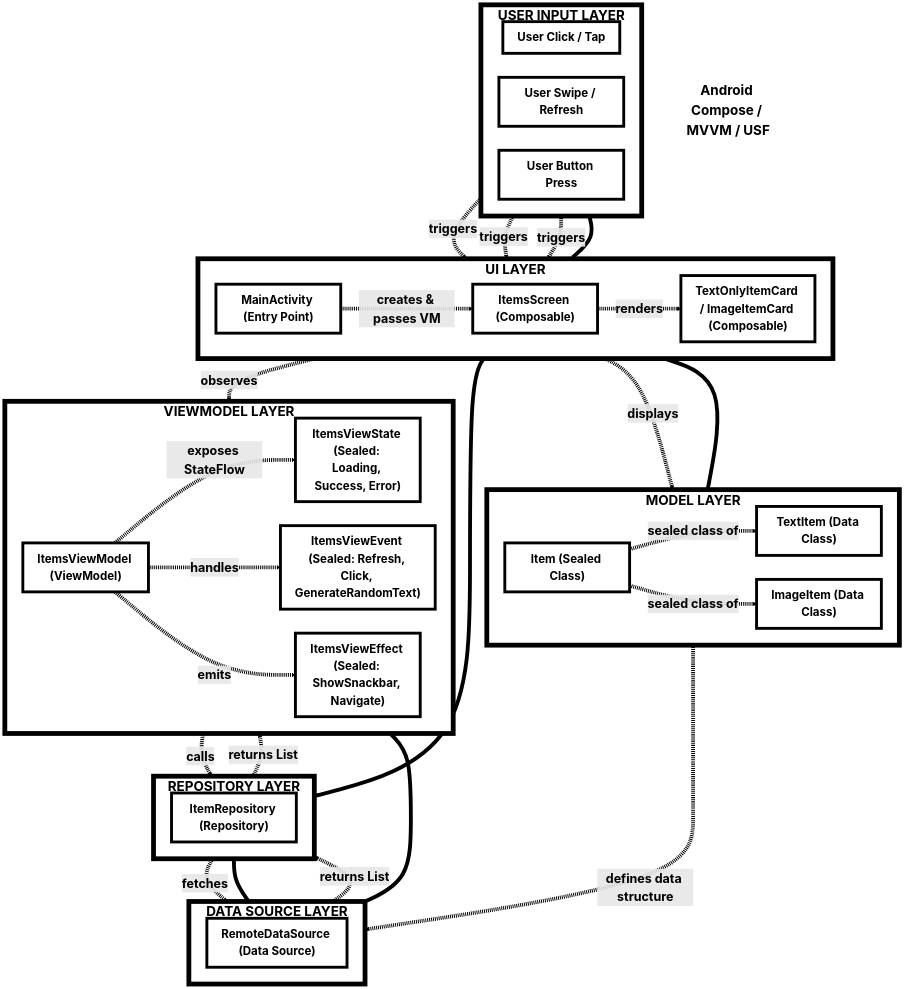
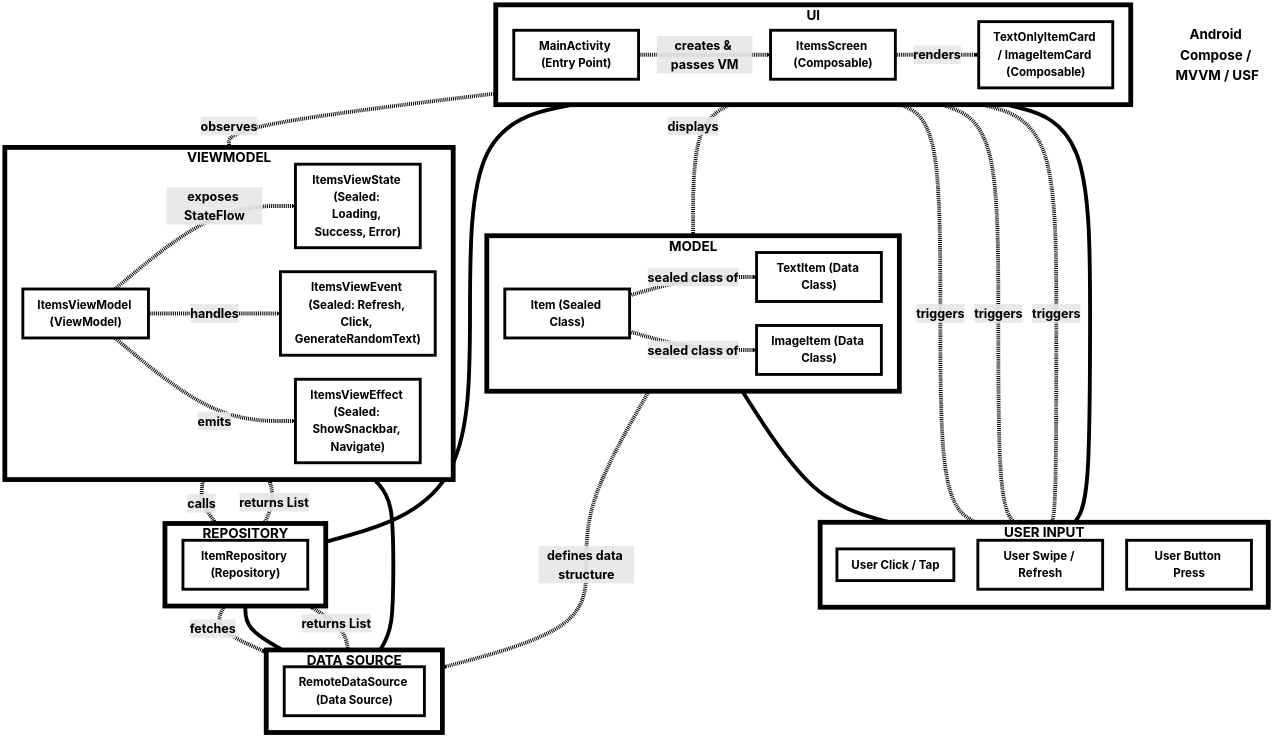
One commit to free5ty1e/android-coding-reference changed the diagram in diagrams/architectural/mvvmWithComposeAndUsf.mmd. Above: the diagram before and after it, drawn with Mermaid.

```diff
--- a/diagrams/architectural/mvvmWithComposeAndUsf.mmd
+++ b/diagrams/architectural/mvvmWithComposeAndUsf.mmd
@@ -1,91 +1,87 @@
 flowchart TD
     %% TITLE AS MINIMAL TEXT - NO CONNECTIONS
     title["Android Compose / MVVM / USF"]
     
-    %% TOP ROW - SPLIT INTO TWO COLUMNS
-    subgraph MODEL["MODEL LAYER"]
+    %% FORCE PORTRAIT LAYOUT - EXPLICIT VERTICAL STACKING
+    subgraph MODEL["MODEL"]
         direction LR
         Item["Item (Sealed Class)"]
         TextItem["TextItem (Data Class)"]
         ImageItem["ImageItem (Data Class)"]
     end
     
-    subgraph USER["USER INPUT LAYER"]
-        direction LR
+    subgraph USER["USER INPUT"]
+        direction TB
         UserClick["User Click / Tap"]
         UserSwipe["User Swipe / Refresh"]
         UserButton["User Button Press"]
     end
     
-    %% MIDDLE ROWS - REPOSITORY AND DATA SOURCE ABOVE VIEWMODEL
-    subgraph REPO["REPOSITORY LAYER"]
-        direction LR
-        ItemRepository["ItemRepository (Repository)"]
-    end
-    
-    subgraph DS["DATA SOURCE LAYER"]
-        direction LR
-        RemoteDataSource["RemoteDataSource (Data Source)"]
-    end
-    
-    %% UI LAYER
-    subgraph UI["UI LAYER"]
+    subgraph UI["UI"]
         direction LR
         MainActivity["MainActivity (Entry Point)"]
         ItemsScreen["ItemsScreen (Composable)"]
         ItemCard["TextOnlyItemCard / ImageItemCard (Composable)"]
     end
     
-    %% BOTTOM ROW - VIEWMODEL LAYER
-    subgraph VM["VIEWMODEL LAYER"]
+    subgraph REPO["REPOSITORY"]
+        direction LR
+        ItemRepository["ItemRepository (Repository)"]
+    end
+    
+    subgraph DS["DATA SOURCE"]
+        direction LR
+        RemoteDataSource["RemoteDataSource (Data Source)"]
+    end
+    
+    subgraph VM["VIEWMODEL"]
         direction LR
         ItemsViewModel["ItemsViewModel (ViewModel)"]
         ViewState["ItemsViewState (Sealed: Loading, Success, Error)"]
         ViewEvent["ItemsViewEvent (Sealed: Refresh, Click, GenerateRandomText)"]
         ViewEffect["ItemsViewEffect (Sealed: ShowSnackbar, Navigate)"]
     end
     
-    %% FORCE RECTANGULAR LAYOUT - NO TITLE CONNECTIONS
-    MODEL --> UI
+    %% FORCE VERTICAL FLOW WITH EXPLICIT CONNECTIONS
+    MODEL --> USER
     USER --> UI
-    
     UI --> REPO
     REPO --> DS
     DS --> VM
     
-    %% DETAILED CONNECTIONS - ALL THE USEFUL DATA
+    %% DETAILED COMPONENT CONNECTIONS
     UserClick -.->|"triggers"| ItemsScreen
     UserSwipe -.->|"triggers"| ItemsScreen
     UserButton -.->|"triggers"| ItemsScreen
     
     MainActivity -.->|"creates & passes VM"| ItemsScreen
     ItemsScreen -.->|"observes"| ItemsViewModel
     ItemsScreen -.->|"renders"| ItemCard
     ItemCard -.->|"displays"| Item
     
     ItemsViewModel -.->|"exposes StateFlow"| ViewState
     ItemsViewModel -.->|"handles"| ViewEvent  
     ItemsViewModel -.->|"emits"| ViewEffect
     ItemsViewModel -.->|"calls"| ItemRepository
     
     ItemRepository -.->|"fetches"| RemoteDataSource
     RemoteDataSource -.->|"returns List<Item>"| ItemRepository
     ItemRepository -.->|"returns List<Item>"| ItemsViewModel
     
     Item -.->|"sealed class of"| TextItem
     Item -.->|"sealed class of"| ImageItem
     
     %% MODEL TO DATA SOURCE CONNECTION
-    MODEL -.->|"defines data structure"| DS
+    Item -.->|"defines data structure"| RemoteDataSource
     
-    %% STYLING - LARGER TEXT FOR BETTER UTILIZATION
+    %% STYLING - NO COLORS, THICK LINES, LARGE TEXT
     classDef nodeStyle fill:#ffffff,stroke:#000000,stroke-width:6px,color:#000000,font-size:24px,font-weight:bold
     classDef groupStyle fill:#ffffff,stroke:#000000,stroke-width:10px,color:#000000,font-size:28px,font-weight:bold
     classDef titleStyle fill:#ffffff,stroke:none,color:#000000,font-size:28px,font-weight:bold
     
     class MainActivity,ItemsScreen,ItemCard,ItemsViewModel,ViewState,ViewEvent,ViewEffect,ItemRepository,RemoteDataSource,Item,TextItem,ImageItem,UserClick,UserSwipe,UserButton nodeStyle
     class UI,VM,REPO,DS,MODEL,USER groupStyle
     class title titleStyle
     
     %% THICK ARROW LINES AND LARGE ARROW TEXT
     linkStyle default stroke:#000000,stroke-width:8px,color:#000000,font-size:26px,font-weight:bold
```
